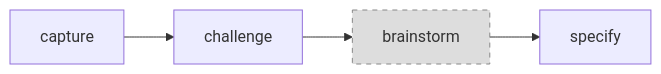
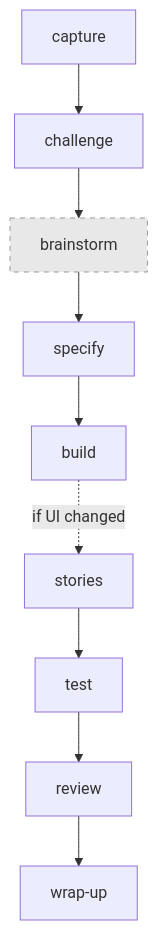
The diagram in README.md (thomasholknielsen/claude-tweaks), drawn with Mermaid before and after one commit. The commit also changed other lines of this file, not shown here.

First line of the commit message:
Rewrite README — unified diagram, real skill descriptions, kill redundancy

````diff
--- a/README.md
+++ b/README.md
@@ -60,5 +20,13 @@
 ```mermaid
-graph LR
-  capture --> challenge --> brainstorm:::sp --> specify
-  classDef sp fill:#ddd,stroke:#888,stroke-dasharray:5 5
+graph TD
+  capture --> challenge
+  challenge --> brainstorm:::sp
+  brainstorm --> specify
+  specify --> build
+  build -.->|"if UI changed"| stories
+  stories --> test
+  test --> review
+  review --> wrapup["wrap-up"]
+
+  classDef sp fill:#e8e8e8,stroke:#999,stroke-dasharray:5 5
 ```
````
